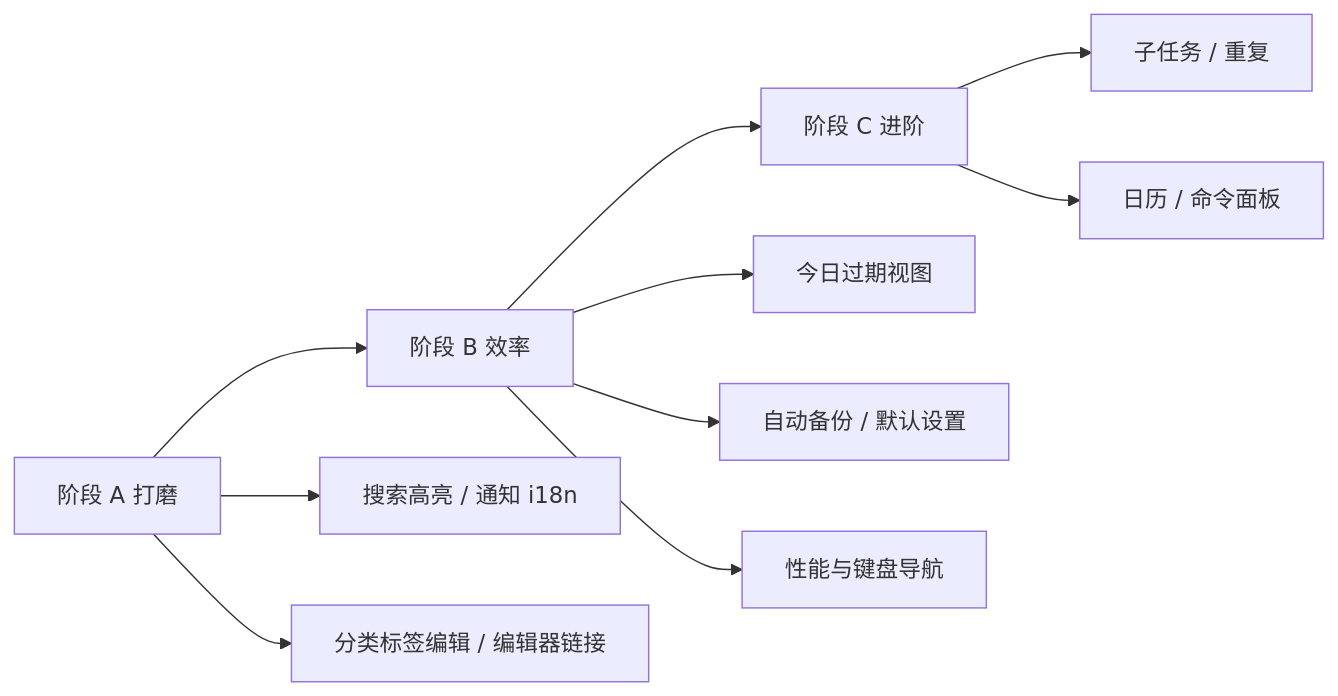
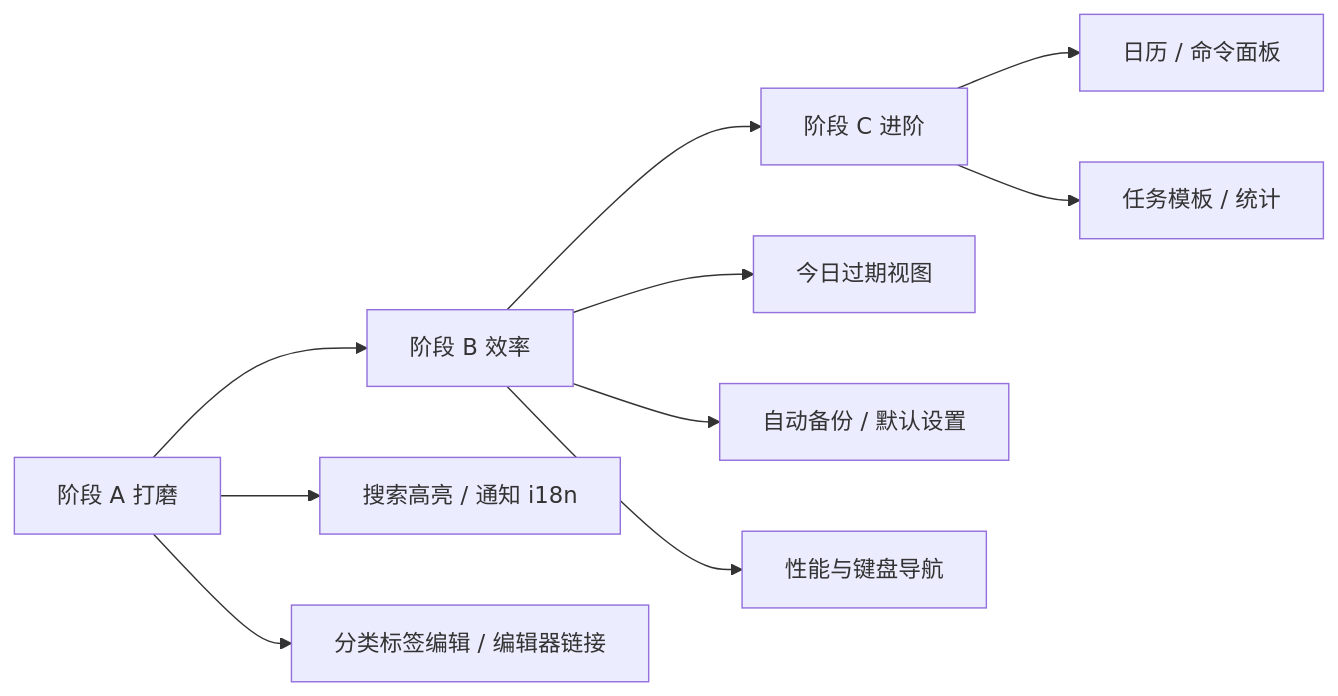
Before and after one commit to yuxiaoyong/Todo-List: the diagram in docs/Plan.md, drawn with Mermaid. The commit also changed other lines of this file and 36 other files, not shown here.

Commit message:
在 0.1.0 基础上新增甘特图主视图与可选 AI 能力

````diff
--- a/docs/Plan.md
+++ b/docs/Plan.md
@@ -103,15 +103,15 @@
 ```mermaid
 flowchart LR
   A[阶段 A 打磨] --> B[阶段 B 效率]
   B --> C[阶段 C 进阶]
 
   A --> A1[搜索高亮 / 通知 i18n]
   A --> A2[分类标签编辑 / 编辑器链接]
 
   B --> B1[今日过期视图]
   B --> B2[自动备份 / 默认设置]
   B --> B3[性能与键盘导航]
 
-  C --> C1[子任务 / 重复]
-  C --> C2[日历 / 命令面板]
+  C --> C1[日历 / 命令面板]
+  C --> C2[任务模板 / 统计]
 ```
````
